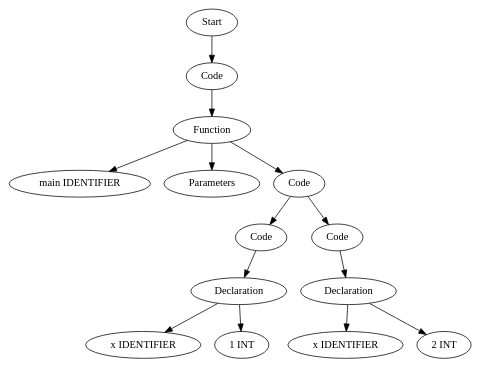
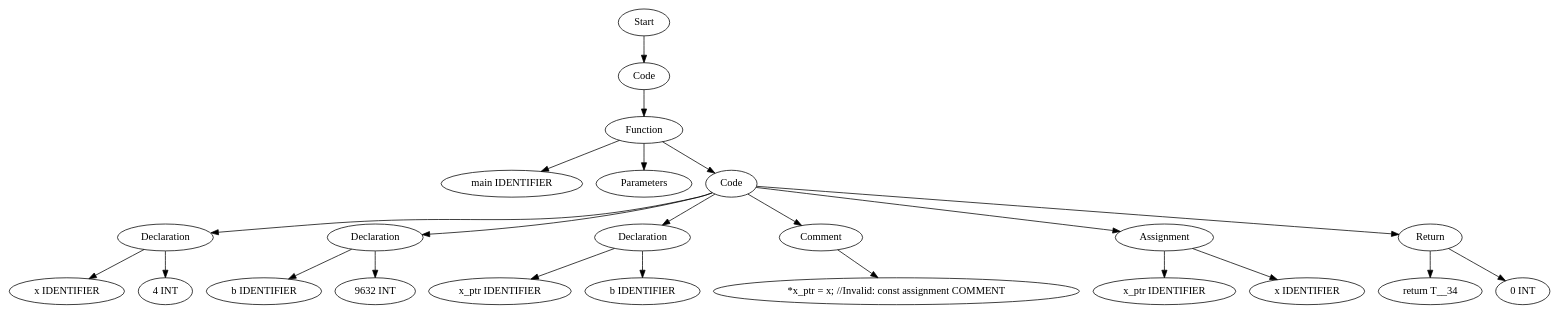
One commit to Are-you-listening/Compilers changed the diagram in TestCases/ASTTests/SemanticErrorsTests/createTests/read_file_after.dot. Above: the diagram before and after it, drawn with Graphviz. The commit also changed 255 other files, not shown here.

```diff
--- a/TestCases/ASTTests/SemanticErrorsTests/createTests/read_file_after.dot
+++ b/TestCases/ASTTests/SemanticErrorsTests/createTests/read_file_after.dot
@@ -1,29 +1,47 @@
 digraph AST {
-  "128884247696320" [label="Start"];
-  "128884247696320" -> "128884247699968";
-  "128884247699968" [label="Code"];
-  "128884247699968" -> "128884247700112";
-  "128884247700112" [label="Function"];
-  "128884247700112" -> "128884247700208";
-  "128884247700112" -> "128884247700256";
-  "128884247700112" -> "128884247700304";
-  "128884247700208" [label="main IDENTIFIER"];
-  "128884247700256" [label="Parameters"];
-  "128884247700304" [label="Code"];
-  "128884247700304" -> "128884247700400";
-  "128884247700304" -> "128884247700448";
-  "128884247700400" [label="Code"];
-  "128884247700400" -> "128884247700496";
-  "128884247700496" [label="Declaration"];
-  "128884247700496" -> "128884247700592";
-  "128884247700496" -> "128884247700640";
-  "128884247700592" [label="x IDENTIFIER"];
-  "128884247700640" [label="1 INT"];
-  "128884247700448" [label="Code"];
-  "128884247700448" -> "128884247700688";
-  "128884247700688" [label="Declaration"];
-  "128884247700688" -> "128884247700784";
-  "128884247700688" -> "128884247700832";
-  "128884247700784" [label="x IDENTIFIER"];
-  "128884247700832" [label="2 INT"];
+  "132033091368032" [label="Start"];
+  "132033091368032" -> "132033091366208";
+  "132033091366208" [label="Code"];
+  "132033091366208" -> "132033091367744";
+  "132033091367744" [label="Function"];
+  "132033091367744" -> "132033091370768";
+  "132033091367744" -> "132033091369904";
+  "132033091367744" -> "132033091368176";
+  "132033091370768" [label="main IDENTIFIER"];
+  "132033091369904" [label="Parameters"];
+  "132033091368176" [label="Code"];
+  "132033091368176" -> "132033091355504";
+  "132033091368176" -> "132033091354736";
+  "132033091368176" -> "132033091370960";
+  "132033091368176" -> "132033091366352";
+  "132033091368176" -> "132033091354880";
+  "132033091368176" -> "132033091363856";
+  "132033091355504" [label="Declaration"];
+  "132033091355504" -> "132033091369232";
+  "132033091355504" -> "132033091369184";
+  "132033091369232" [label="x IDENTIFIER"];
+  "132033091369184" [label="4 INT"];
+  "132033091354736" [label="Declaration"];
+  "132033091354736" -> "132033091361024";
+  "132033091354736" -> "132033091360736";
+  "132033091361024" [label="b IDENTIFIER"];
+  "132033091360736" [label="9632 INT"];
+  "132033091370960" [label="Declaration"];
+  "132033091370960" -> "132033091369040";
+  "132033091370960" -> "132033091364144";
+  "132033091369040" [label="x_ptr IDENTIFIER"];
+  "132033091364144" [label="b IDENTIFIER"];
+  "132033091366352" [label="Comment"];
+  "132033091366352" -> "132033091364192";
+  "132033091364192" [label="*x_ptr = x; //Invalid: const assignment COMMENT"];
+  "132033091354880" [label="Assignment"];
+  "132033091354880" -> "132033091368560";
+  "132033091354880" -> "132033091360592";
+  "132033091368560" [label="x_ptr IDENTIFIER"];
+  "132033091360592" [label="x IDENTIFIER"];
+  "132033091363856" [label="Return"];
+  "132033091363856" -> "132033091496848";
+  "132033091363856" -> "132033091492672";
+  "132033091496848" [label="return T__34"];
+  "132033091492672" [label="0 INT"];
 }
```
